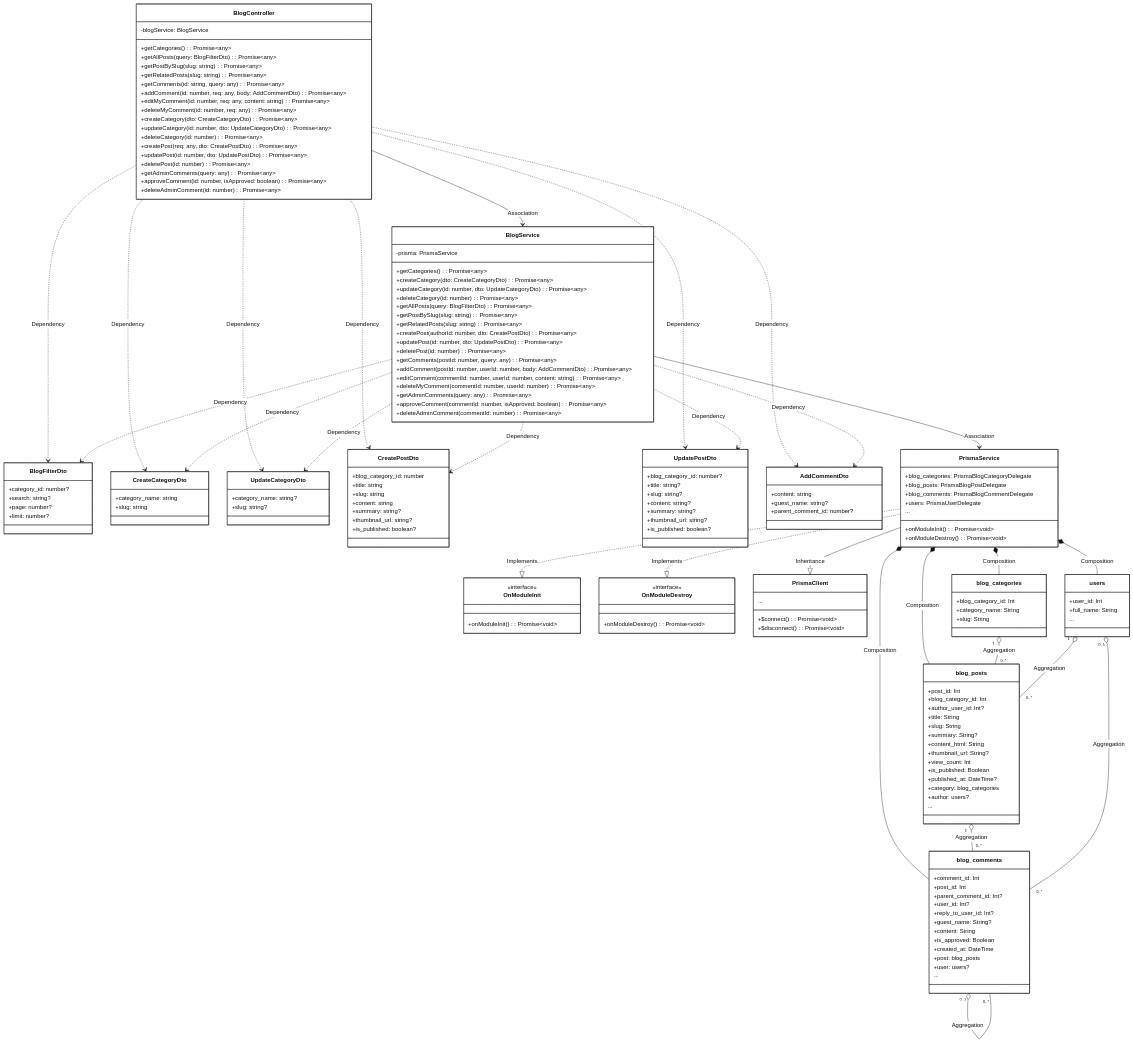
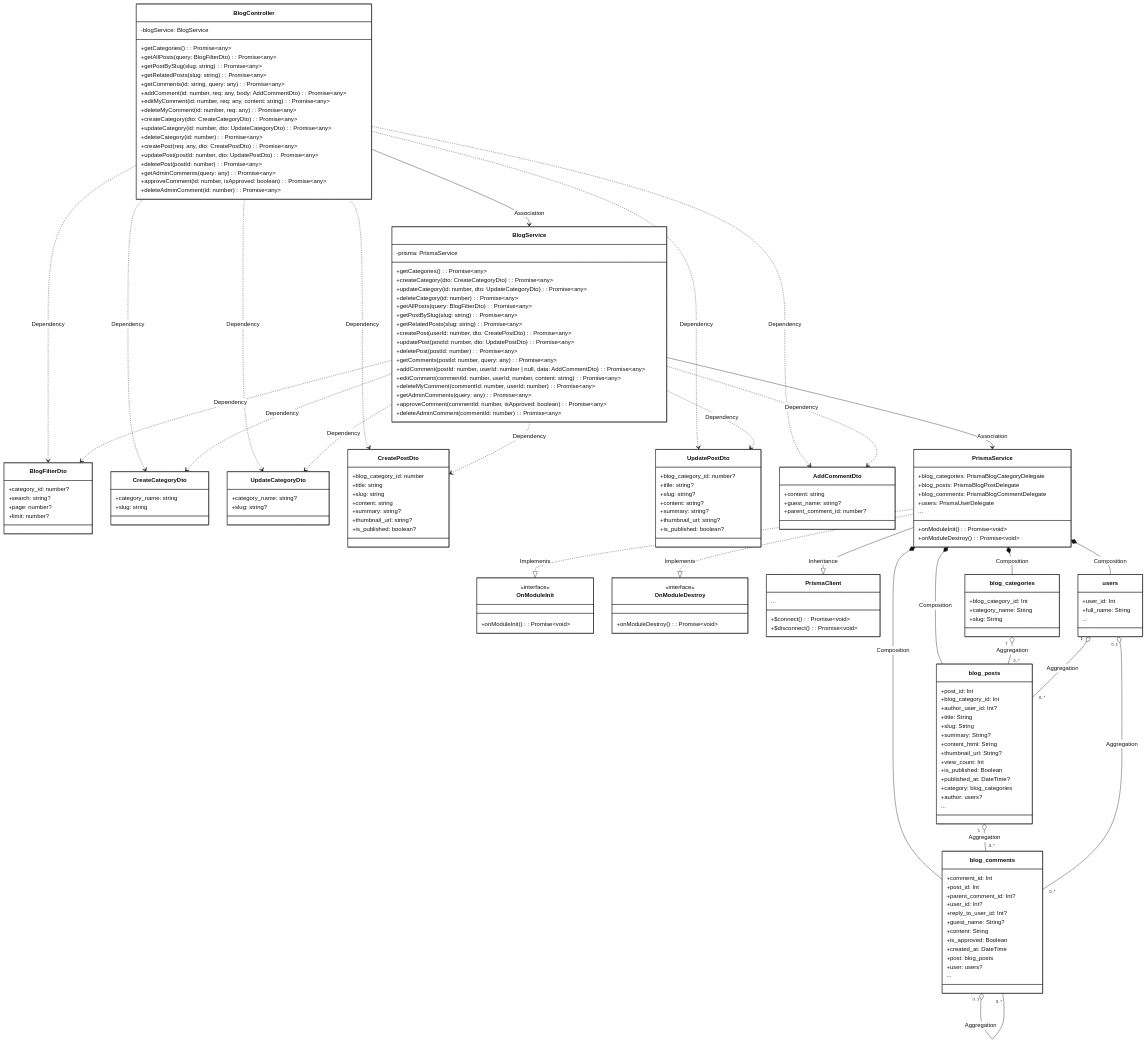
The first of 5 diagrams in modules_mermaid/08_blog.md (CuongBC195/class-diagram-donation-blood), drawn with Mermaid before and after one commit. The commit also changed other lines of this file and 30 other files, not shown here.

Commit message:
fix(diagrams): achieve 100% capstone alignment with backend source code across all 13 modules

```diff
--- a/modules_mermaid/08_blog.md
+++ b/modules_mermaid/08_blog.md
@@ -22,8 +22,8 @@
   +updateCategory(id: number, dto: UpdateCategoryDto): Promise~any~
   +deleteCategory(id: number): Promise~any~
   +createPost(req: any, dto: CreatePostDto): Promise~any~
-  +updatePost(id: number, dto: UpdatePostDto): Promise~any~
-  +deletePost(id: number): Promise~any~
+  +updatePost(postId: number, dto: UpdatePostDto): Promise~any~
+  +deletePost(postId: number): Promise~any~
   +getAdminComments(query: any): Promise~any~
   +approveComment(id: number, isApproved: boolean): Promise~any~
   +deleteAdminComment(id: number): Promise~any~
@@ -38,11 +38,11 @@
   +getAllPosts(query: BlogFilterDto): Promise~any~
   +getPostBySlug(slug: string): Promise~any~
   +getRelatedPosts(slug: string): Promise~any~
-  +createPost(authorId: number, dto: CreatePostDto): Promise~any~
-  +updatePost(id: number, dto: UpdatePostDto): Promise~any~
-  +deletePost(id: number): Promise~any~
+  +createPost(userId: number, dto: CreatePostDto): Promise~any~
+  +updatePost(postId: number, dto: UpdatePostDto): Promise~any~
+  +deletePost(postId: number): Promise~any~
   +getComments(postId: number, query: any): Promise~any~
-  +addComment(postId: number, userId: number, body: AddCommentDto): Promise~any~
+  +addComment(postId: number, userId: number | null, data: AddCommentDto): Promise~any~
   +editComment(commentId: number, userId: number, content: string): Promise~any~
   +deleteMyComment(commentId: number, userId: number): Promise~any~
   +getAdminComments(query: any): Promise~any~
```
